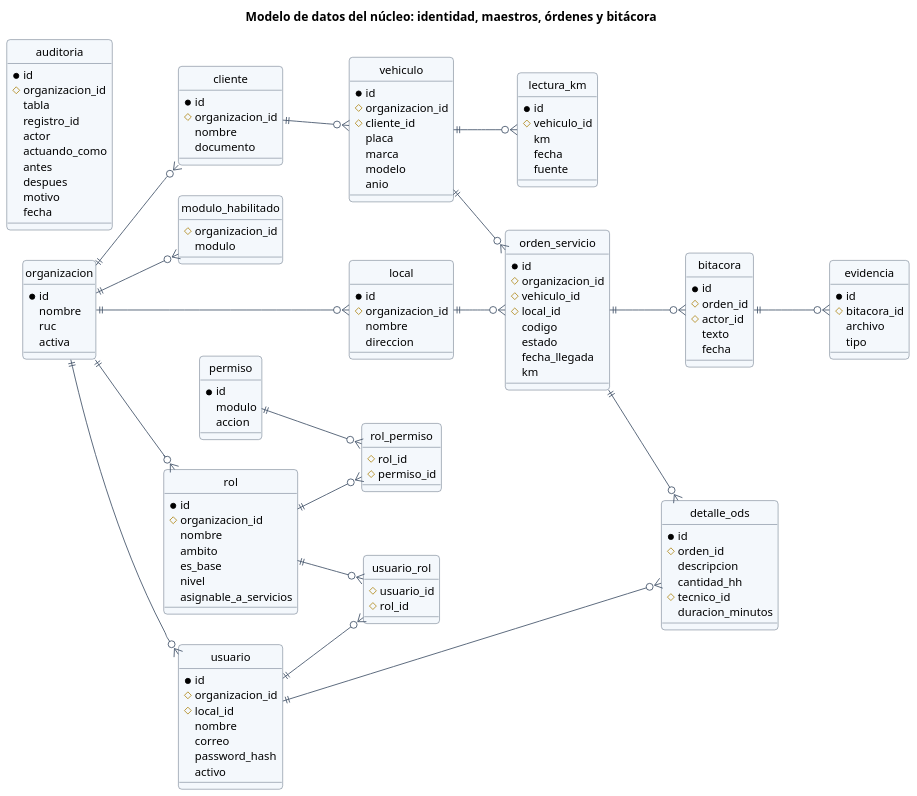
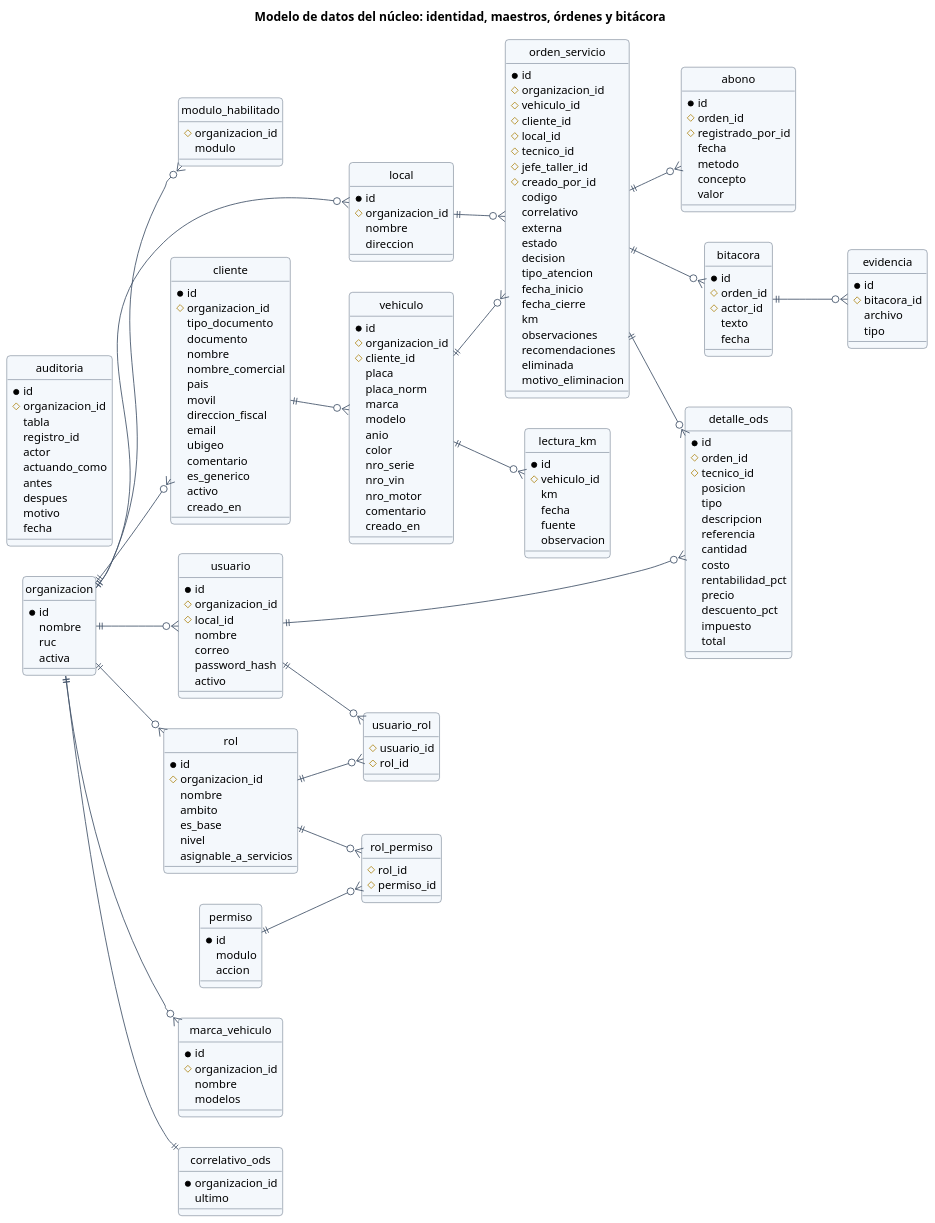
The diagram in diagramas/R81_consolidados/DMD-R81-0001_datos_nucleo.puml (AlvaroMachaca05Dev/Tesis_Posventa), drawn with PlantUML before and after one commit. The commit also changed 90 other files, not shown here.

```diff
--- a/diagramas/R81_consolidados/DMD-R81-0001_datos_nucleo.puml
+++ b/diagramas/R81_consolidados/DMD-R81-0001_datos_nucleo.puml
@@ -63,17 +63,41 @@
 entity cliente {
   *id
   #organizacion_id
+  tipo_documento
+  documento
   nombre
-  documento
+  nombre_comercial
+  pais
+  movil
+  direccion_fiscal
+  email
+  ubigeo
+  comentario
+  es_generico
+  activo
+  creado_en
 }
 entity vehiculo {
   *id
   #organizacion_id
   #cliente_id
   placa
+  placa_norm
   marca
   modelo
   anio
+  color
+  nro_serie
+  nro_vin
+  nro_motor
+  comentario
+  creado_en
+}
+entity marca_vehiculo {
+  *id
+  #organizacion_id
+  nombre
+  modelos
 }
 entity lectura_km {
   *id
@@ -81,24 +105,59 @@
   km
   fecha
   fuente
+  observacion
 }
 entity orden_servicio {
   *id
   #organizacion_id
   #vehiculo_id
+  #cliente_id
   #local_id
+  #tecnico_id
+  #jefe_taller_id
+  #creado_por_id
   codigo
+  correlativo
+  externa
   estado
-  fecha_llegada
+  decision
+  tipo_atencion
+  fecha_inicio
+  fecha_cierre
   km
+  observaciones
+  recomendaciones
+  eliminada
+  motivo_eliminacion
+}
+entity correlativo_ods {
+  *organizacion_id
+  ultimo
+}
+entity abono {
+  *id
+  #orden_id
+  #registrado_por_id
+  fecha
+  metodo
+  concepto
+  valor
 }
 entity detalle_ods {
   *id
   #orden_id
+  #tecnico_id
+  posicion
+  tipo
   descripcion
-  cantidad_hh
-  #tecnico_id
-  duracion_minutos
+  referencia
+  cantidad
+  costo
+  rentabilidad_pct
+  precio
+  descuento_pct
+  impuesto
+  total
 }
 entity bitacora {
   *id
@@ -134,9 +193,12 @@
 rol ||--o{ rol_permiso
 permiso ||--o{ rol_permiso
 organizacion ||--o{ cliente
+organizacion ||--o{ marca_vehiculo
 cliente ||--o{ vehiculo
 vehiculo ||--o{ lectura_km
 vehiculo ||--o{ orden_servicio
+orden_servicio ||--o{ abono
+organizacion ||--|| correlativo_ods
 local ||--o{ orden_servicio
 orden_servicio ||--o{ detalle_ods
 orden_servicio ||--o{ bitacora
```
